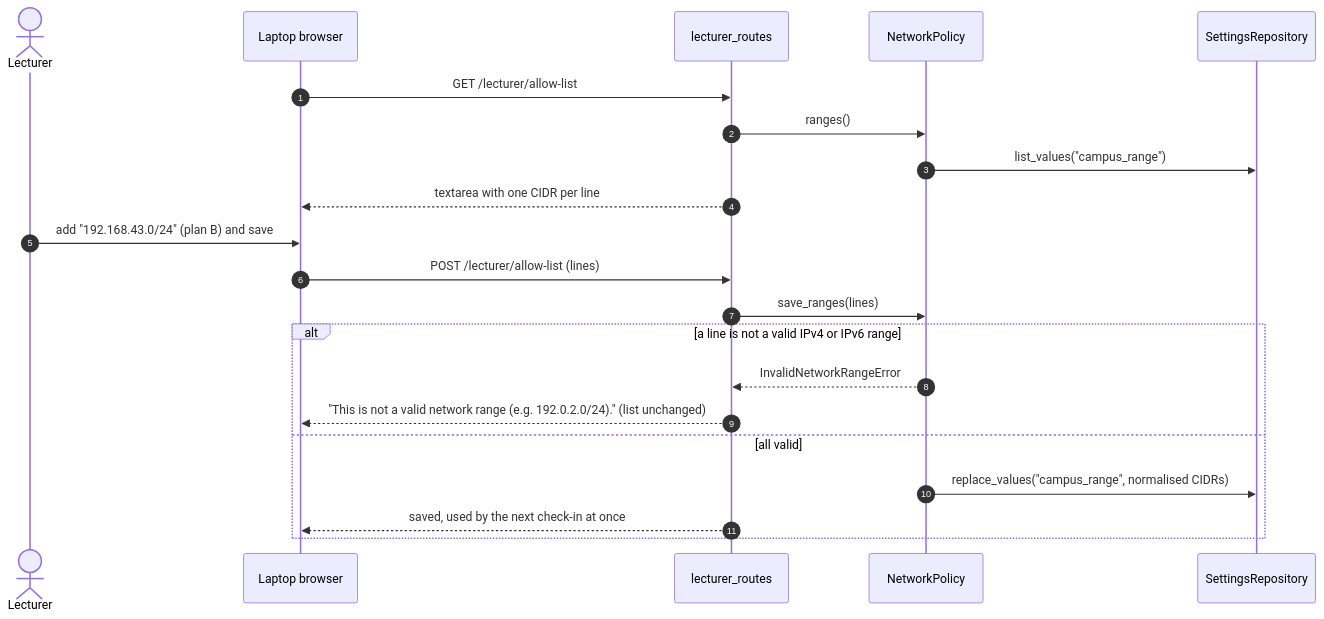
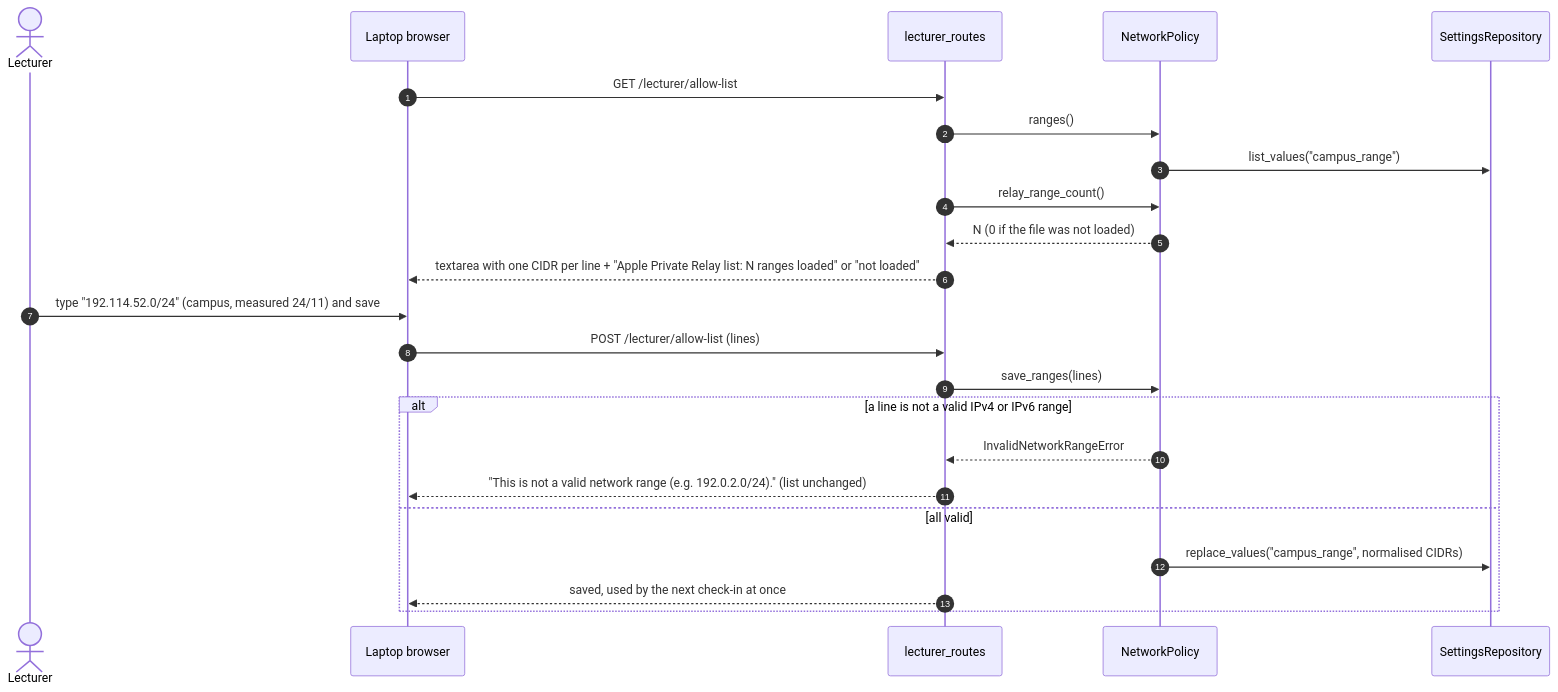
One commit to ronsarfati/EX2-Teaching-Tool changed diagram 14 of 20 in docs/design.md. Above: the diagram before and after it, drawn with Mermaid. The commit also changed other lines of this file and 2 other files, not shown here.

Commit message:
docs: add D32 network origin of a check-in (campus / Apple relay / off campus)

````diff
--- a/docs/design.md
+++ b/docs/design.md
@@ -1114,23 +1238,25 @@
 ```mermaid
 sequenceDiagram
   autonumber
   actor L as Lecturer
   participant B as Laptop browser
   participant LR as lecturer_routes
   participant NP as NetworkPolicy
   participant ST as SettingsRepository
   B->>LR: GET /lecturer/allow-list
   LR->>NP: ranges()
   NP->>ST: list_values("campus_range")
-  LR-->>B: textarea with one CIDR per line
-  L->>B: add "192.168.43.0/24" (plan B) and save
+  LR->>NP: relay_range_count()
+  NP-->>LR: N (0 if the file was not loaded)
+  LR-->>B: textarea with one CIDR per line + "Apple Private Relay list: N ranges loaded" or "not loaded"
+  L->>B: type "192.114.52.0/24" (campus, measured 24/11) and save
   B->>LR: POST /lecturer/allow-list (lines)
   LR->>NP: save_ranges(lines)
   alt a line is not a valid IPv4 or IPv6 range
     NP-->>LR: InvalidNetworkRangeError
     LR-->>B: "This is not a valid network range (e.g. 192.0.2.0/24)." (list unchanged)
   else all valid
     NP->>ST: replace_values("campus_range", normalised CIDRs)
     LR-->>B: saved, used by the next check-in at once
   end
 ```
````
